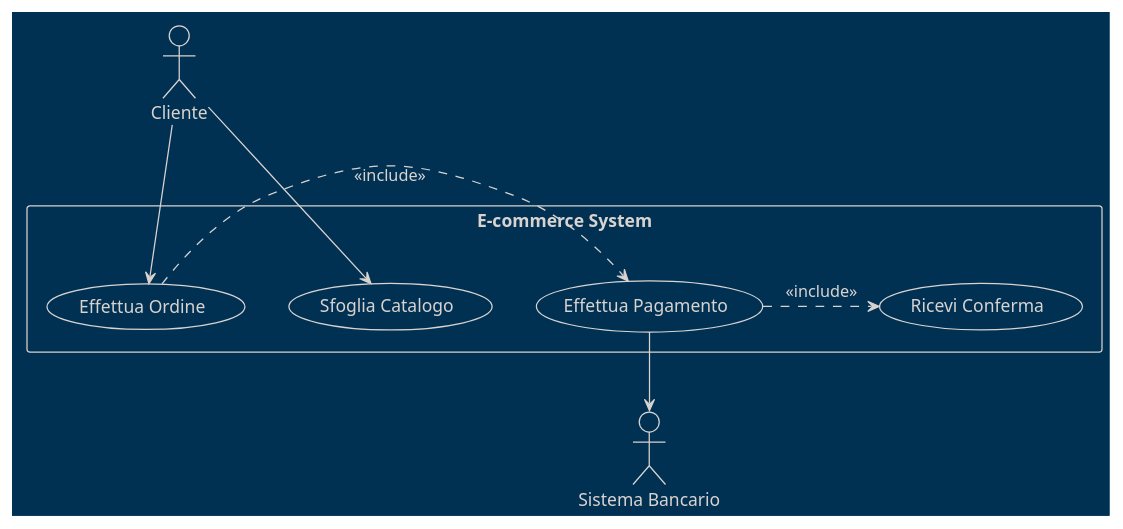
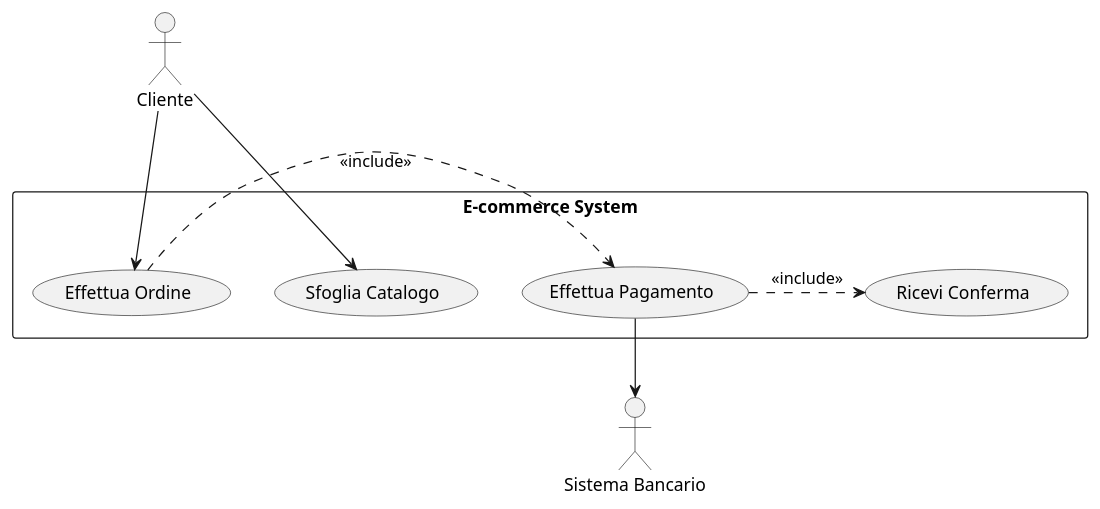
One commit to Seniorsimo/sas-template changed diagram 11 of 21 in 03-behavioral-diagrams/use-case-diagrams/README.md. Above: the diagram before and after it, drawn with PlantUML. The commit also changed other lines of this file and 7 other files, not shown here.

Commit message:
Refactor PlantUML theme handling and improve PDF generation script; remove obsolete parallel processing and enhance error reporting

````diff
--- a/03-behavioral-diagrams/use-case-diagrams/README.md
+++ b/03-behavioral-diagrams/use-case-diagrams/README.md
@@ -125,21 +125,19 @@
 ```plantuml
 @startuml
-!theme blueprint
-
 actor "Cliente" as C
 actor "Sistema Bancario" as Bank
 
 rectangle "E-commerce System" {
   usecase "Sfoglia Catalogo" as UC1
   usecase "Effettua Ordine" as UC2
   usecase "Effettua Pagamento" as UC3
   usecase "Ricevi Conferma" as UC4
 }
 
 C --> UC1
 C --> UC2
 UC2 .> UC3 : <<include>>
 UC3 --> Bank
 UC3 .> UC4 : <<include>>
 @enduml
 ```
````
